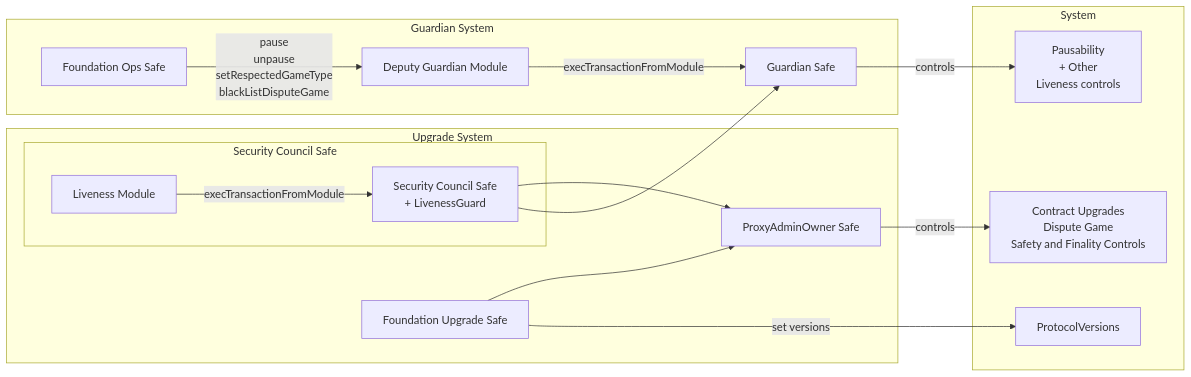
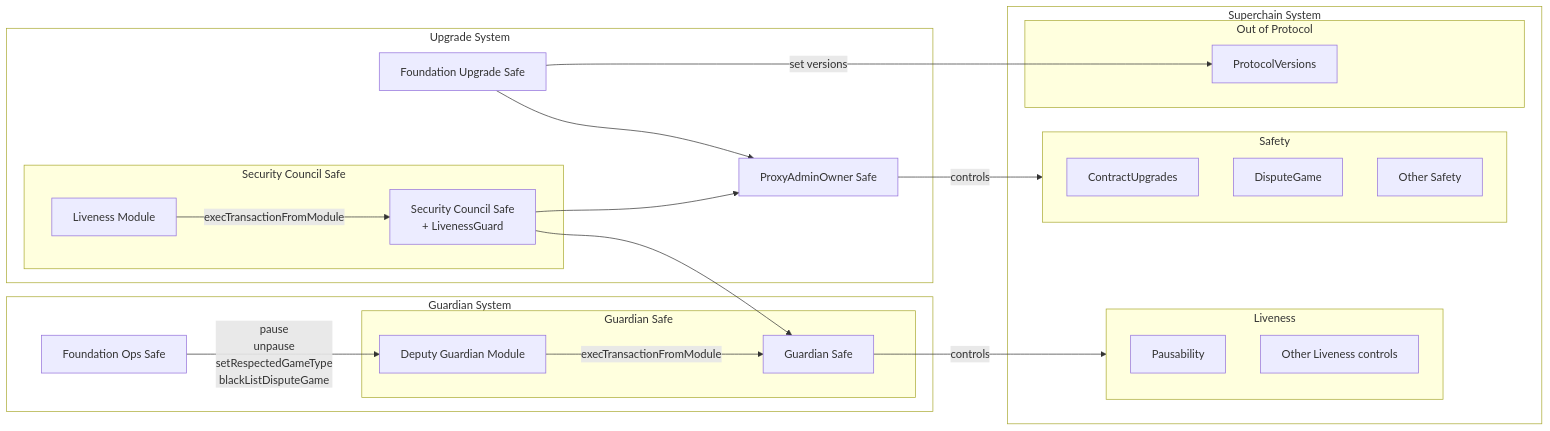
Before and after one commit to ethereum-optimism/specs: the first of 2 diagrams in specs/experimental/security-council-safe.md, drawn with Mermaid.

Commit message:
Refactor Safe graph

````diff
--- a/specs/experimental/security-council-safe.md
+++ b/specs/experimental/security-council-safe.md
@@ -75,34 +75,51 @@
 ```mermaid
 flowchart LR
-    subgraph System
-        Safety[Upgrades\nDispute Game\nFinality]
-        Liveness[Pausability \n+ Other \nLiveness controls]
-        PV[ProtocolVersions]
-    end
+   subgraph SuperchainSystem[Superchain System]
+      subgraph Liveness
+         Pausability
+         OtherLiveness[Other Liveness controls]
+      end
+      subgraph Safety
+         ContractUpgrades
+         DisputeGame
+         OtherSafety[Other Safety]
+      end
+      subgraph NonProtocol[Out of Protocol]
+         PV[ProtocolVersions]
+      end
+   end
 
-    subgraph Upgrade System
-	    FndUp[Foundation Upgrade Safe]
 
-	    POA[ProxyAdminOwner Safe]
-	    subgraph Security Council Safe
-        Council[Security Council Safe\n+ LivenessGuard]
-        LM[Liveness Module]
-	    end
-	  end
+   subgraph UpgradeSystem[Upgrade System]
+      FndUp[Foundation Upgrade Safe]
+      POA[ProxyAdminOwner Safe]
+      subgraph Security Council Safe
+         Council[Security Council Safe\n+ LivenessGuard]
+         LM[Liveness Module]
+      end
+   end
 
-    subgraph Guardian System
-        FndOps[Foundation Ops Safe]
-        GS[Guardian Safe]
-        DGM[Deputy Guardian Module]
-    end
+   subgraph GuardianSystem[Guardian System]
+      FndOps[Foundation Ops Safe]
+      subgraph GuardianSafe[Guardian Safe]
+         GS[Guardian Safe]
+         DGM[Deputy Guardian Module]
+      end
+   end
 
-    POA -->|controls| Safety[Contract Upgrades\nDispute Game\nSafety and Finality Controls]
+    POA -->|controls| Safety
     FndUp --> POA
     Council --> POA
     Council --> GS
     FndOps -->|pause\nunpause\nsetRespectedGameType\nblackListDisputeGame| DGM
     FndUp -->|set versions|PV
     LM -->|execTransactionFromModule| Council
     DGM -->|execTransactionFromModule| GS
     GS -->|controls| Liveness
+
+   %% Declare a class to make the outer boxes somewhat transparent to provide some contrast
+   classDef outer fill:#ffffff44
+   class SuperchainSystem outer
+   class GuardianSystem outer
+   class UpgradeSystem outer
 ```
````
